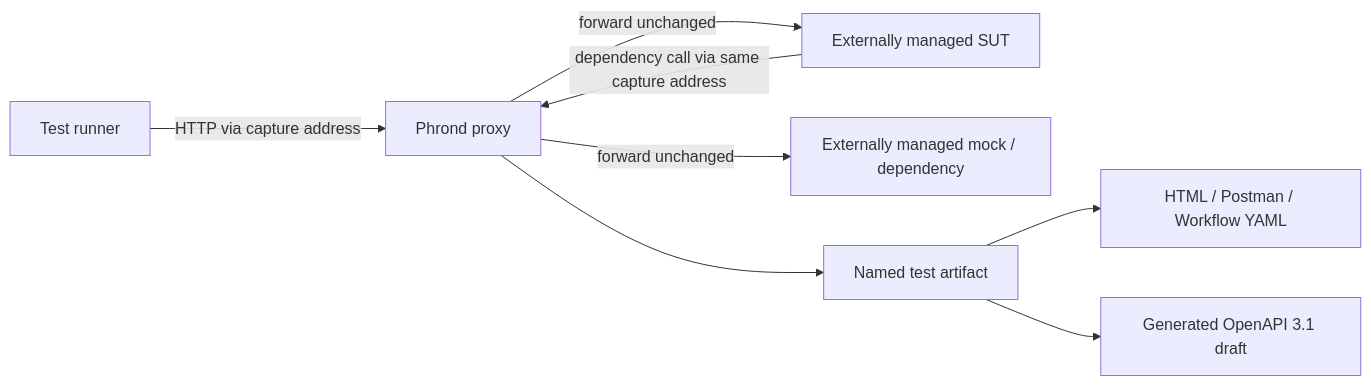
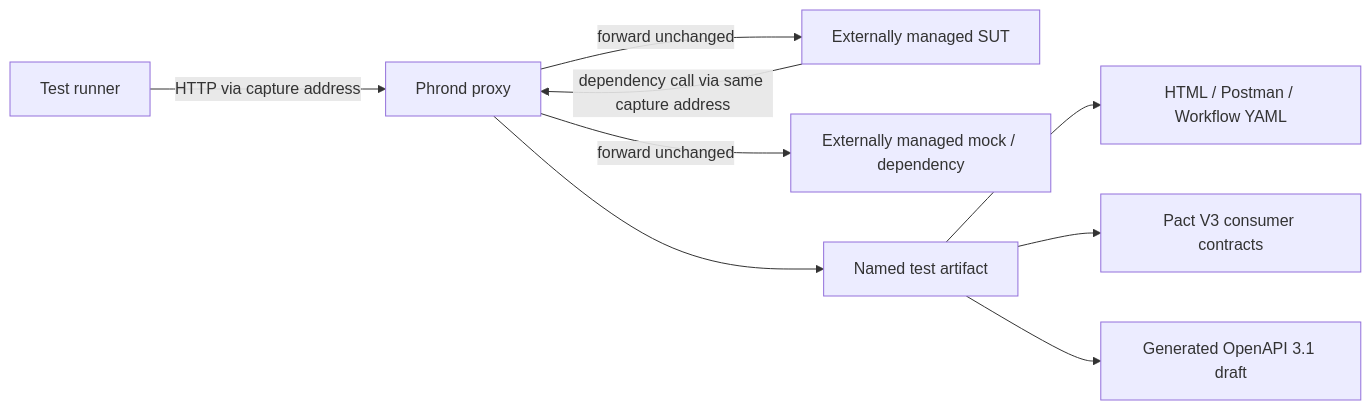
One commit to mattlock83/wiretap changed the diagram in docs/testing-tool-requirements-and-design.md. Above: the diagram before and after it, drawn with Mermaid. The commit also changed other lines of this file and 24 other files, not shown here.

Commit message:
feat: export deduplicated Pact consumer contracts

````diff
--- a/docs/testing-tool-requirements-and-design.md
+++ b/docs/testing-tool-requirements-and-design.md
@@ -23,10 +25,11 @@
 ```mermaid
 flowchart LR
   Test["Test runner"] -->|HTTP via capture address| Proxy["Phrond proxy"]
   Proxy -->|forward unchanged| SUT["Externally managed SUT"]
   SUT -->|dependency call via same capture address| Proxy
   Proxy -->|forward unchanged| Dependency["Externally managed mock / dependency"]
   Proxy --> Store["Named test artifact"]
   Store --> Reports["HTML / Postman / Workflow YAML"]
+  Store --> Contracts["Pact V3 consumer contracts"]
   Store --> Generated["Generated OpenAPI 3.1 draft"]
 ```
````
